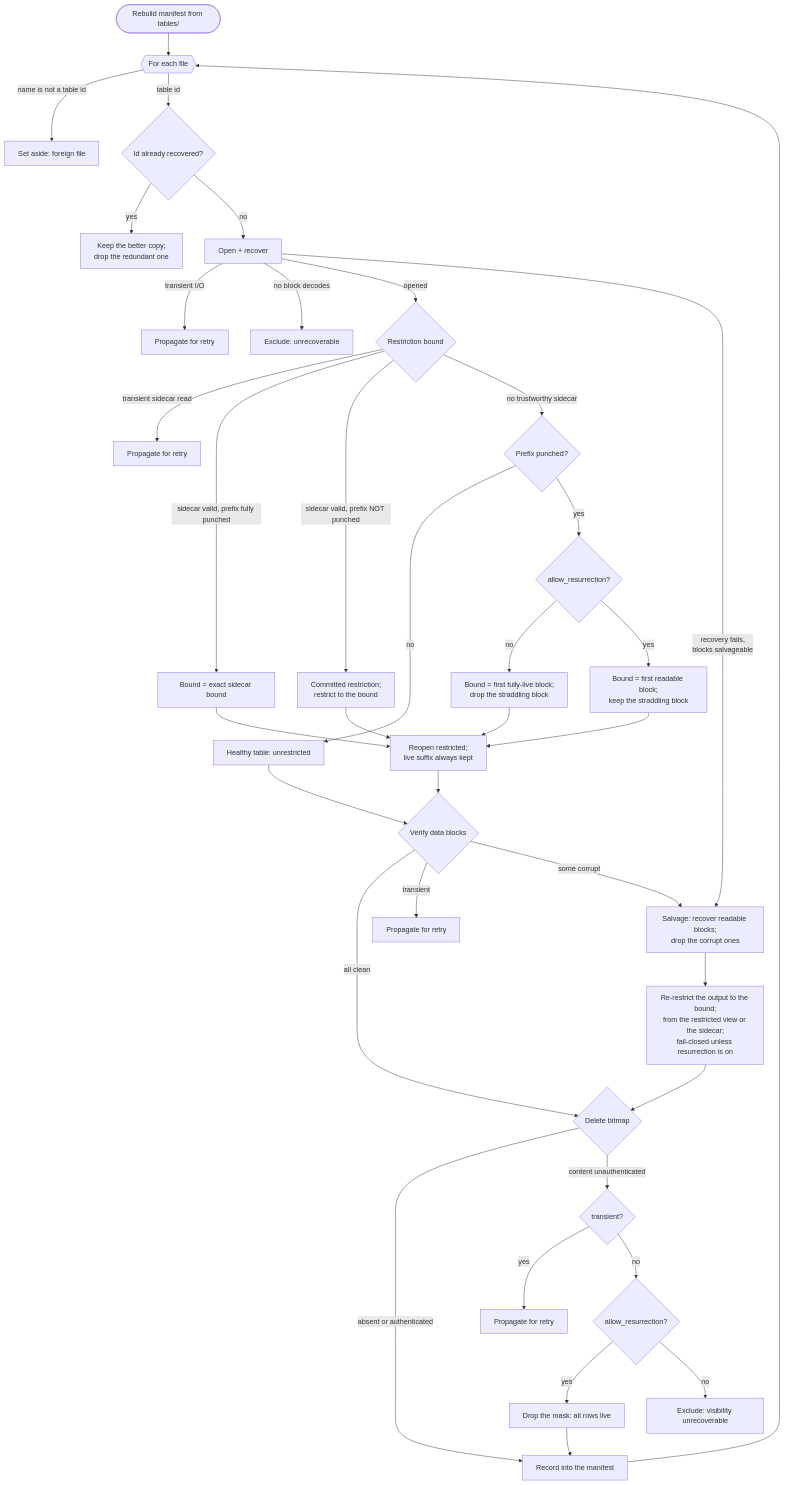
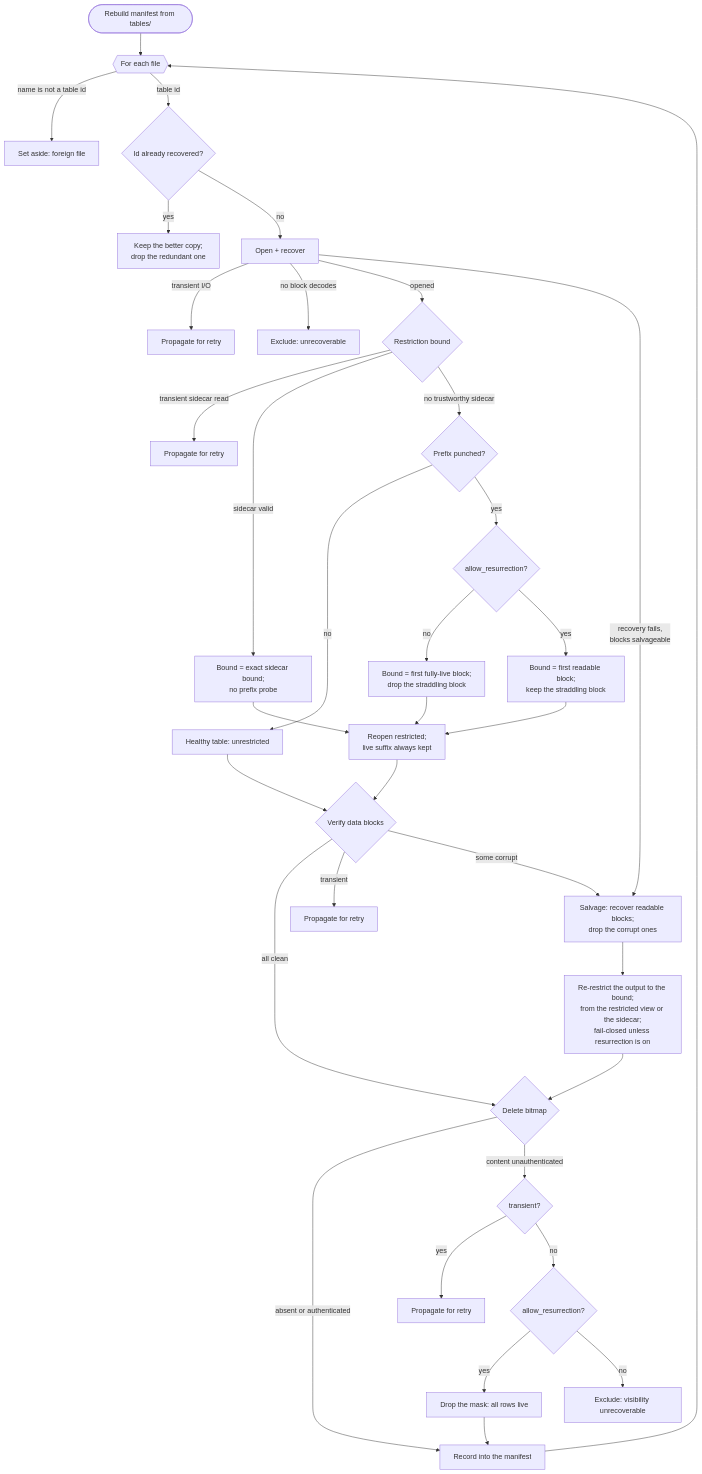
Before and after one commit to structured-world/coordinode-lsm-tree: the diagram in docs/manifest-recovery.md, drawn with Mermaid. The commit also changed other lines of this file and 1 other file, not shown here.

First line of the commit message:
docs(repair): drop the punch-probe wording from the sidecar trust model

````diff
--- a/docs/manifest-recovery.md
+++ b/docs/manifest-recovery.md
@@ -48,45 +48,43 @@
 ```mermaid
 flowchart TD
     START([Rebuild manifest from tables/]) --> LOOP{{For each file}}
     LOOP -->|name is not a table id| QNAME[Set aside: foreign file]
     LOOP -->|table id| DUP{Id already recovered?}
     DUP -->|yes| KEEPBEST[Keep the better copy;<br/>drop the redundant one]
     DUP -->|no| OPEN[Open + recover]
 
     OPEN -->|transient I/O| PROP1[Propagate for retry]
     OPEN -->|no block decodes| DROP1[Exclude: unrecoverable]
     OPEN -->|opened| R0
 
     R0{Restriction bound} -->|transient sidecar read| PROP2[Propagate for retry]
-    R0 -->|sidecar valid, prefix fully punched| REXACT[Bound = exact sidecar bound]
-    R0 -->|sidecar valid, prefix NOT punched| RHONOR[Committed restriction;<br/>restrict to the bound]
+    R0 -->|sidecar valid| REXACT[Bound = exact sidecar bound;<br/>no prefix probe]
     R0 -->|no trustworthy sidecar| RNB{Prefix punched?}
 
     RNB -->|no| RHEALTHY[Healthy table: unrestricted]
     RNB -->|yes| RDER{allow_resurrection?}
     RDER -->|no| RCONS[Bound = first fully-live block;<br/>drop the straddling block]
     RDER -->|yes| RGREEDY[Bound = first readable block;<br/>keep the straddling block]
 
     REXACT --> REOPEN[Reopen restricted;<br/>live suffix always kept]
-    RHONOR --> REOPEN
     RCONS --> REOPEN
     RGREEDY --> REOPEN
     RHEALTHY --> V0
     REOPEN --> V0
 
     V0{Verify data blocks} -->|all clean| MASK0
     V0 -->|transient| PROP3[Propagate for retry]
     V0 -->|some corrupt| VSALV
     OPEN -->|recovery fails,<br/>blocks salvageable| VSALV
     VSALV[Salvage: recover readable blocks;<br/>drop the corrupt ones] --> VRES[Re-restrict the output to the bound;<br/>from the restricted view or the sidecar;<br/>fail-closed unless resurrection is on]
     VRES --> MASK0
 
     MASK0{Delete bitmap} -->|absent or authenticated| RECORD[Record into the manifest]
     MASK0 -->|content unauthenticated| MTR{transient?}
     MTR -->|yes| PROP4[Propagate for retry]
     MTR -->|no| MFLAG{allow_resurrection?}
     MFLAG -->|yes| MRES[Drop the mask: all rows live]
     MFLAG -->|no| MDROP[Exclude: visibility unrecoverable]
     MRES --> RECORD
     RECORD --> LOOP
 ```
````
